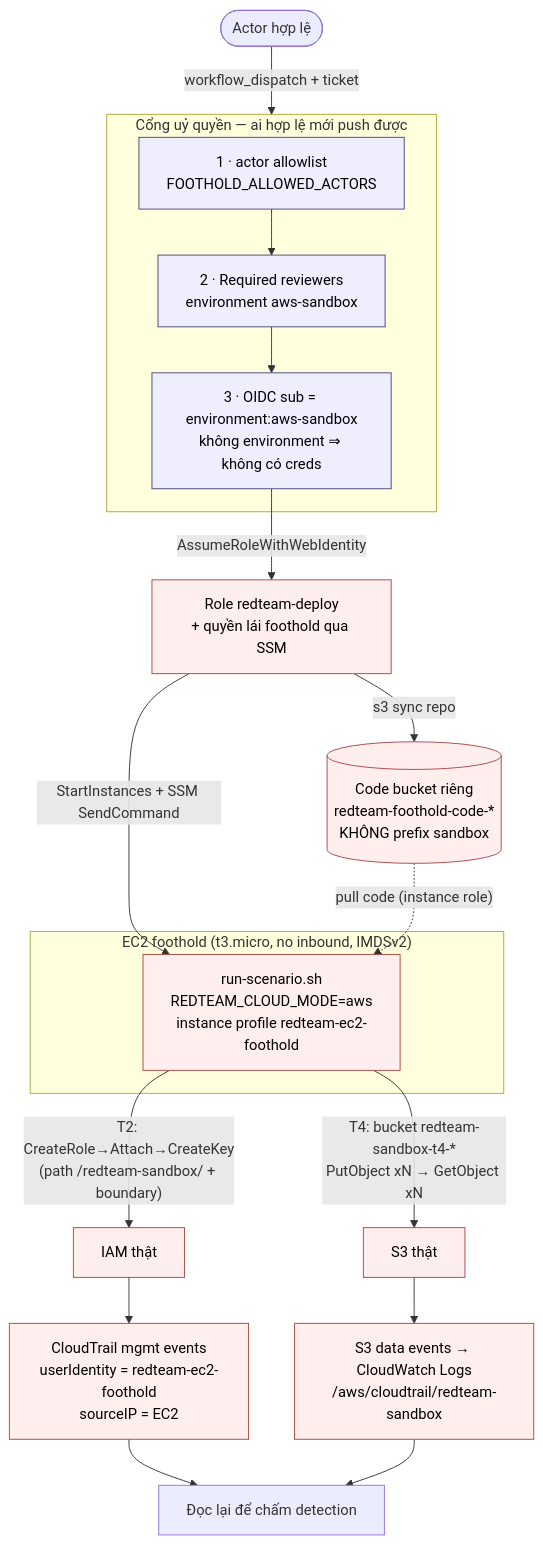
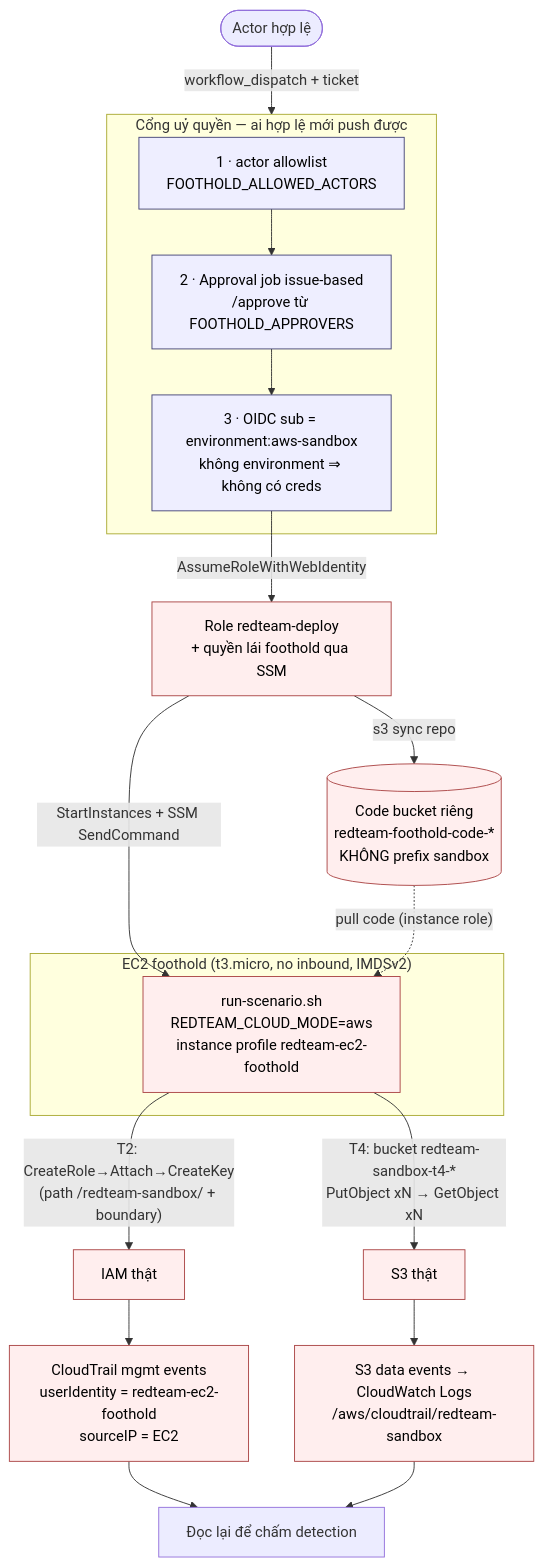
The sixth of 6 diagrams in docs/architecture.md (sampleit533/auto-redteam), drawn with Mermaid before and after one commit. The commit also changed other lines of this file and 5 other files, not shown here.

First line of the commit message:
Foothold: add issue-based manual-approval gate (free-plan req-reviewers substitute)

````diff
--- a/docs/architecture.md
+++ b/docs/architecture.md
@@ -274,32 +274,32 @@
 ```mermaid
 flowchart TD
     actor([Actor hợp lệ]) -->|"workflow_dispatch + ticket"| gate
 
     subgraph gate [" Cổng uỷ quyền — ai hợp lệ mới push được "]
         allow[1 · actor allowlist<br/>FOOTHOLD_ALLOWED_ACTORS]
-        rev[2 · Required reviewers<br/>environment aws-sandbox]
+        rev[2 · Approval job issue-based<br/>/approve từ FOOTHOLD_APPROVERS]
         sub[3 · OIDC sub = environment:aws-sandbox<br/>không environment ⇒ không có creds]
         allow --> rev --> sub
     end
 
     sub -->|"AssumeRoleWithWebIdentity"| role[Role redteam-deploy<br/>+ quyền lái foothold qua SSM]
     role -->|"s3 sync repo"| code[(Code bucket riêng<br/>redteam-foothold-code-*<br/>KHÔNG prefix sandbox)]
     role -->|"StartInstances + SSM SendCommand"| ec2
 
     subgraph ec2box [" EC2 foothold (t3.micro, no inbound, IMDSv2) "]
         ec2[run-scenario.sh<br/>REDTEAM_CLOUD_MODE=aws<br/>instance profile redteam-ec2-foothold]
     end
     code -. "pull code (instance role)" .-> ec2
 
     ec2 -->|"T2: CreateRole→Attach→CreateKey<br/>(path /redteam-sandbox/ + boundary)"| iam[IAM thật]
     ec2 -->|"T4: bucket redteam-sandbox-t4-*<br/>PutObject xN → GetObject xN"| s3[S3 thật]
     iam --> ctm[CloudTrail mgmt events<br/>userIdentity = redteam-ec2-foothold<br/>sourceIP = EC2]
     s3 --> ctd[S3 data events → CloudWatch Logs<br/>/aws/cloudtrail/redteam-sandbox]
     ctm --> back[Đọc lại để chấm detection]
     ctd --> back
 
     classDef g fill:#eef,stroke:#447,color:#000;
     classDef c fill:#fee,stroke:#a44,color:#000;
     class allow,rev,sub g;
     class ec2,iam,s3,ctm,ctd,code,role c;
 ```
````
